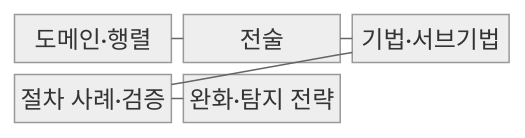
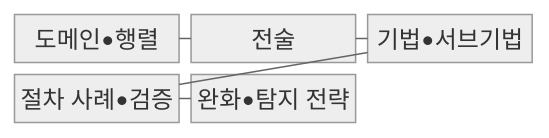
The first of 2 diagrams in src/content/docs/notes/05-security/029_mitre_attack.md (agnusdei1207/knowledge-base), drawn with Mermaid (neutral theme) before and after one commit. The commit also changed other lines of this file and 953 other files, not shown here.

````diff
--- a/src/content/docs/notes/05-security/029_mitre_attack.md
+++ b/src/content/docs/notes/05-security/029_mitre_attack.md
@@ -67,13 +67,13 @@
 ```mermaid
 block-beta
     columns 3
-    A["도메인·행렬"]
+    A["도메인•행렬"]
     B["전술"]
-    C["기법·서브기법"]
-    D["절차 사례·검증"]
-    E["완화·탐지 전략"]
+    C["기법•서브기법"]
+    D["절차 사례•검증"]
+    E["완화•탐지 전략"]
     A --- B
     B --- C
     C --- D
     D --- E
 ```
````
